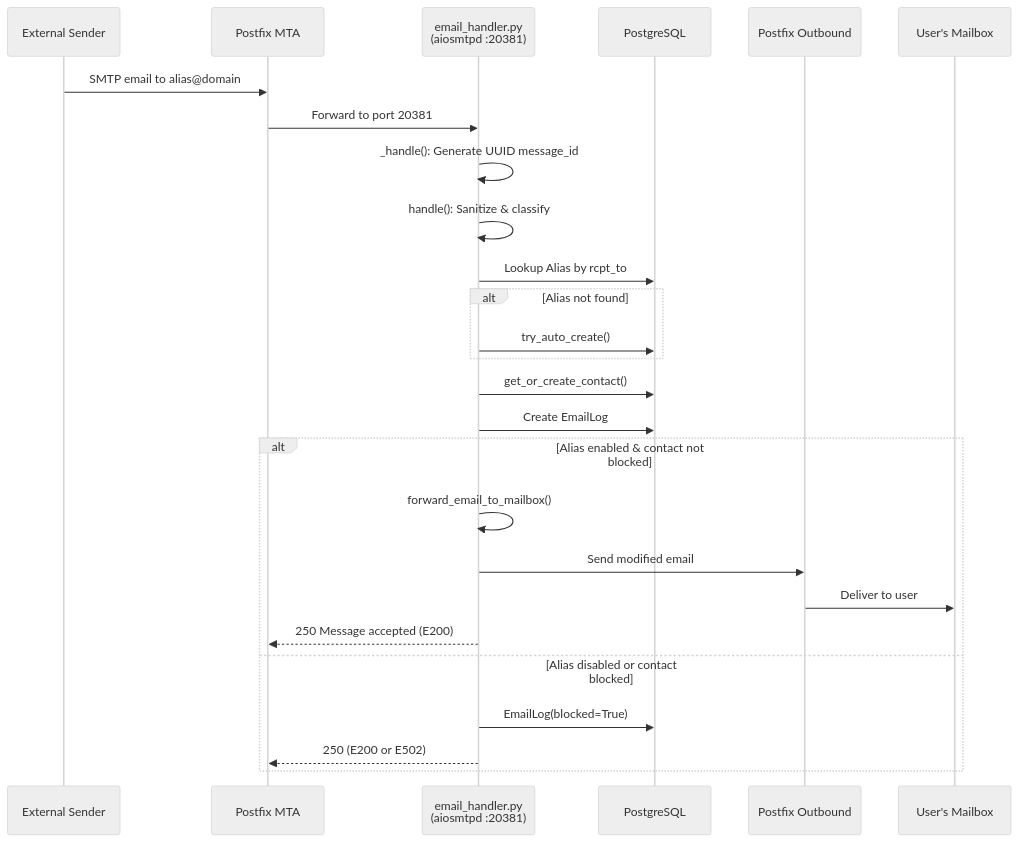
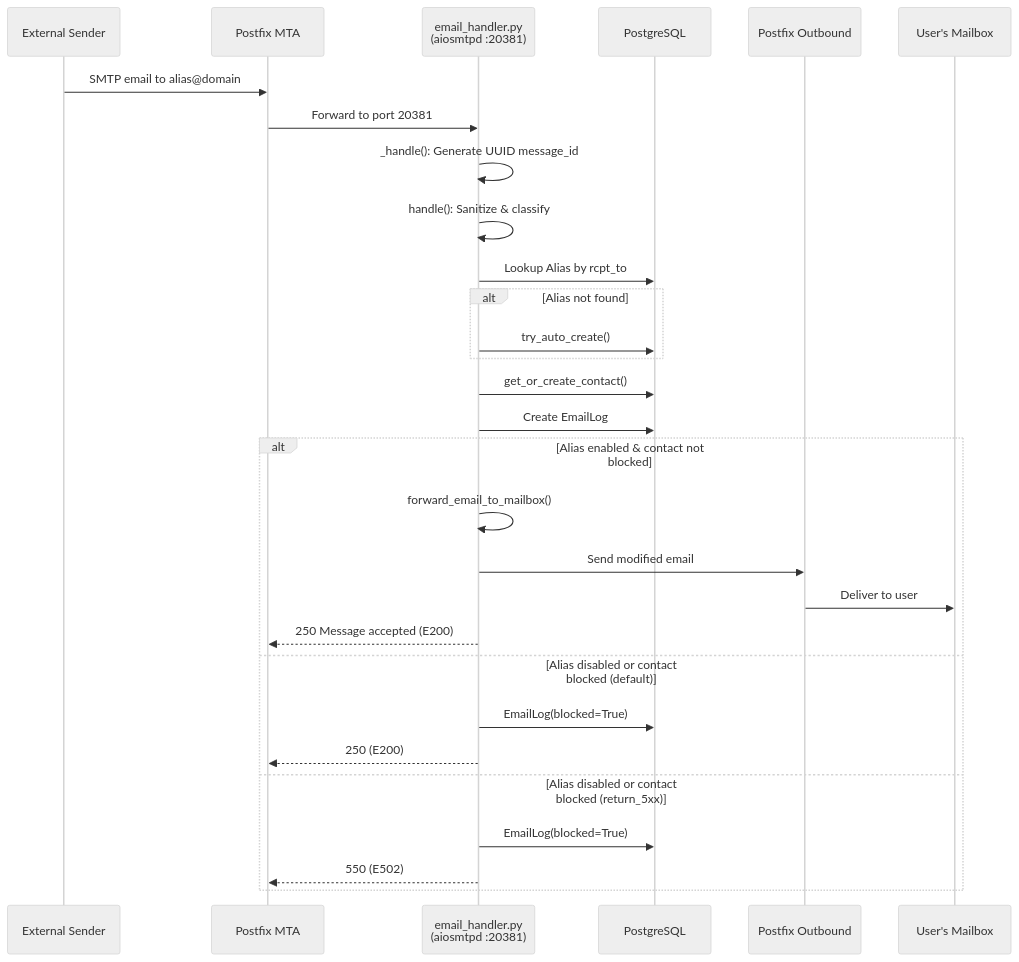
Before and after one commit to blitzy-research/app: the second of 3 diagrams in blitzy/documentation/app_2cd6ee777f8c.md, drawn with Mermaid (neutral theme). The commit also changed other lines of this file, not shown here.

````diff
--- a/blitzy/documentation/app_2cd6ee777f8c.md
+++ b/blitzy/documentation/app_2cd6ee777f8c.md
@@ -509,29 +507,32 @@
 ```mermaid
 sequenceDiagram
     participant Sender as External Sender
     participant Postfix as Postfix MTA
     participant Handler as email_handler.py<br/>(aiosmtpd :20381)
     participant DB as PostgreSQL
     participant Outbound as Postfix Outbound
     participant Mailbox as User's Mailbox
 
     Sender->>Postfix: SMTP email to alias@domain
     Postfix->>Handler: Forward to port 20381
     Handler->>Handler: _handle(): Generate UUID message_id
     Handler->>Handler: handle(): Sanitize & classify
     Handler->>DB: Lookup Alias by rcpt_to
     alt Alias not found
         Handler->>DB: try_auto_create()
     end
     Handler->>DB: get_or_create_contact()
     Handler->>DB: Create EmailLog
     alt Alias enabled & contact not blocked
         Handler->>Handler: forward_email_to_mailbox()
         Handler->>Outbound: Send modified email
         Outbound->>Mailbox: Deliver to user
         Handler-->>Postfix: 250 Message accepted (E200)
-    else Alias disabled or contact blocked
+    else Alias disabled or contact blocked (default)
         Handler->>DB: EmailLog(blocked=True)
-        Handler-->>Postfix: 250 (E200 or E502)
+        Handler-->>Postfix: 250 (E200)
+    else Alias disabled or contact blocked (return_5xx)
+        Handler->>DB: EmailLog(blocked=True)
+        Handler-->>Postfix: 550 (E502)
     end
 ```
````
